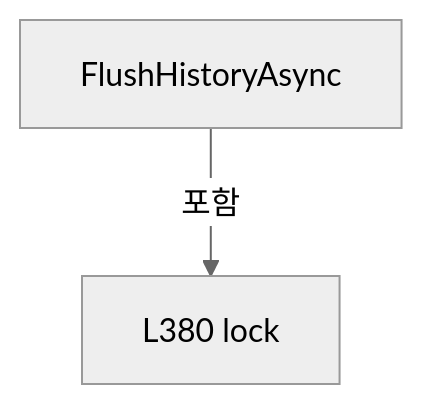
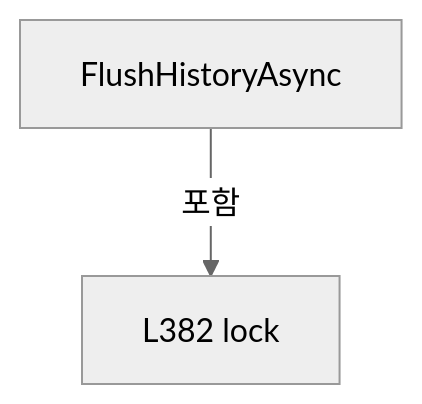
Before and after one commit to kjuws10-rgb/Shared: diagram 14 of 21 in A3 LD Code Ref/files/Drilling.Common/Alarm/CAlarmManager.cs.md, drawn with Mermaid (neutral theme). The commit also changed other lines of this file and 2071 other files, not shown here.

Commit message:
docs(a3): update 11.19.0 architecture and code reference

````diff
--- a/A3 LD Code Ref/files/Drilling.Common/Alarm/CAlarmManager.cs.md
+++ b/A3 LD Code Ref/files/Drilling.Common/Alarm/CAlarmManager.cs.md
@@ -2107,6 +2107,6 @@
 ```mermaid
 flowchart TD
  M["FlushHistoryAsync"]
- N0["L380 lock"]
+ N0["L382 lock"]
  M -->|포함| N0
 ```
````
